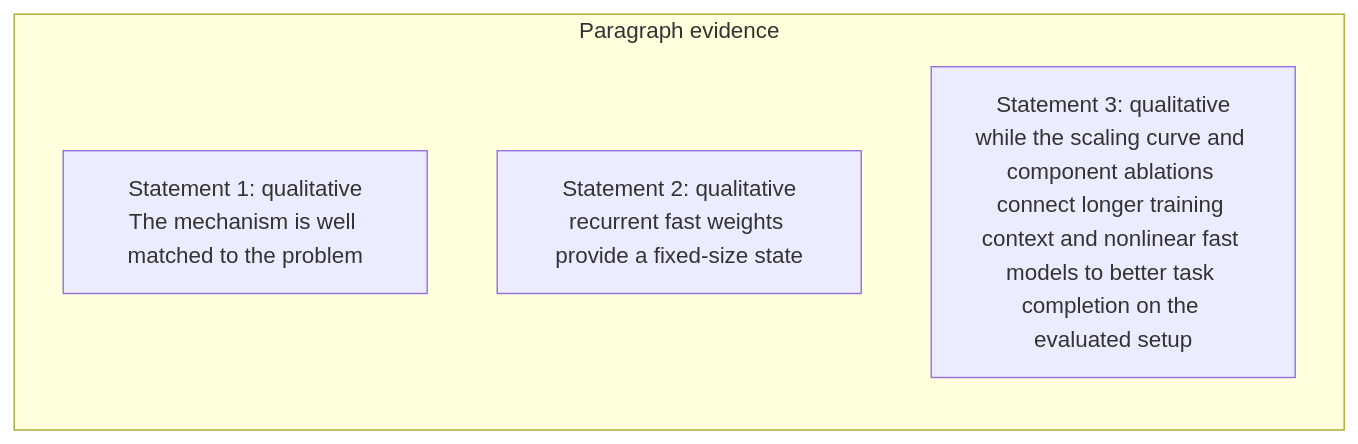
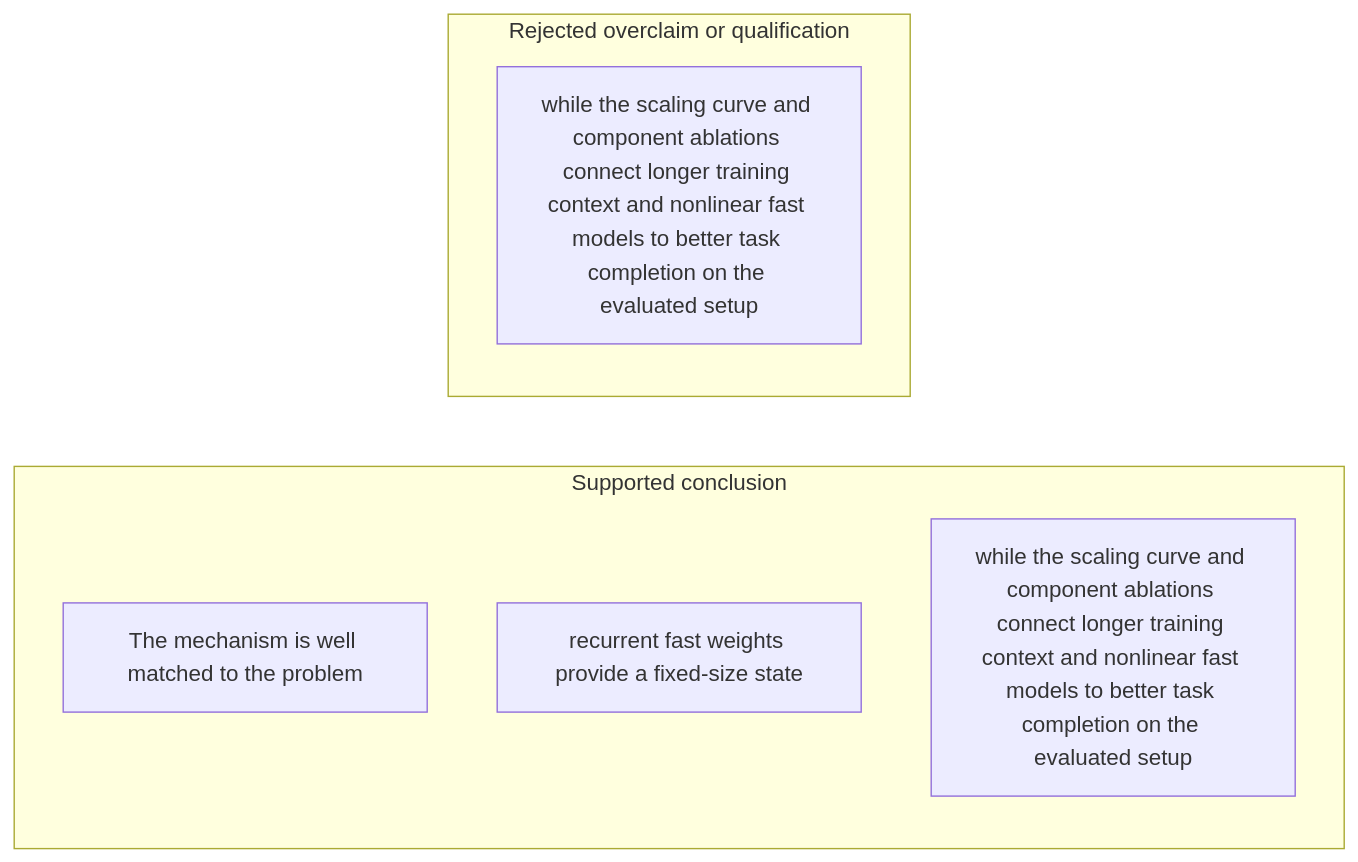
Diagram 43 of 48 in docs/visual-manifests/VISUAL_MANIFEST_ROBOTT.md (Betancourt1/paper_atlas), drawn with Mermaid before and after one commit. The commit also changed other lines of this file and 7 other files, not shown here.

````diff
--- a/docs/visual-manifests/VISUAL_MANIFEST_ROBOTT.md
+++ b/docs/visual-manifests/VISUAL_MANIFEST_ROBOTT.md
@@ -3632,8 +3641,11 @@
 ```mermaid
 flowchart LR
-  subgraph p1["Paragraph evidence"]
-    p1r1["Statement 1: qualitative<br/>The mechanism is well matched to the problem"]
-    p1r2["Statement 2: qualitative<br/>recurrent fast weights provide a fixed-size state"]
-    p1r3["Statement 3: qualitative<br/>while the scaling curve and component ablations connect longer training context and nonlinear fast models to better task completion on the evaluated setup"]
+  subgraph g1["Supported conclusion"]
+    g1i1["The mechanism is well matched to the problem"]
+    g1i2["recurrent fast weights provide a fixed-size state"]
+    g1i3["while the scaling curve and component ablations connect longer training context and nonlinear fast models to better task completion on the evaluated setup"]
+  end
+  subgraph g2["Rejected overclaim or qualification"]
+    g2i1["while the scaling curve and component ablations connect longer training context and nonlinear fast models to better task completion on the evaluated setup"]
   end
 ```
````
